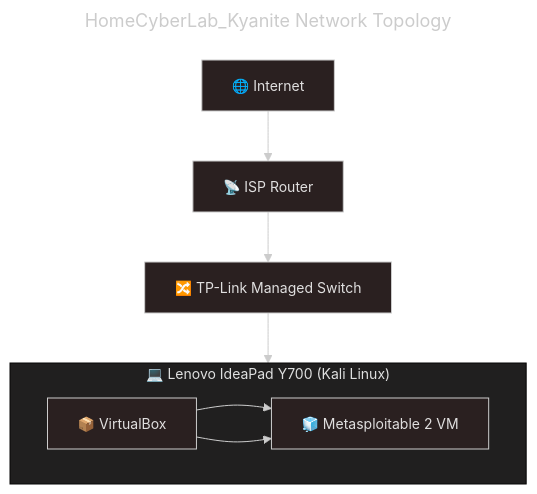
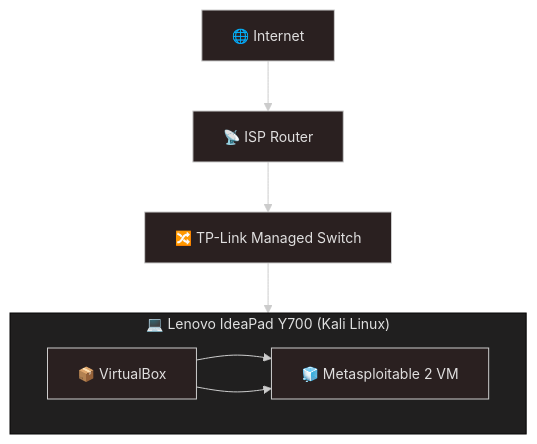
The diagram in README.md (earnesttavares/HomeCyberLab_Kyanite), drawn with Mermaid before and after one commit. The commit also changed other lines of this file, not shown here.

````diff
--- a/README.md
+++ b/README.md
@@ -45,26 +47,25 @@
 ```mermaid
----
-title: HomeCyberLab_Kyanite Network Topology 
+--- 
 config:
   theme: neo-dark
   themeVariables:
     primaryColor:
 ---
 
 flowchart TD
     Internet["🌐 Internet"]
     Router["📡 ISP Router"]
     Switch["🔀 TP-Link Managed Switch"]
 
     Internet --> Router
     Router --> Switch
 
     subgraph Host["💻 Lenovo IdeaPad Y700 (Kali Linux)"]
         direction LR
         VBox["📦 VirtualBox"]-->VM["🧊 Metasploitable 2 VM"]
 
         VBox --> VM
     end
 
     Switch --> VBox
 ```
````
